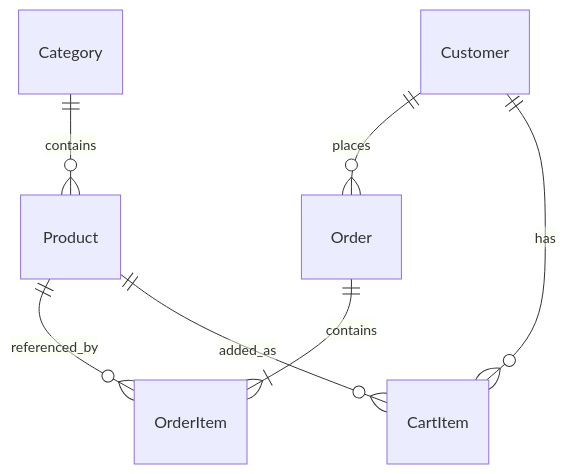
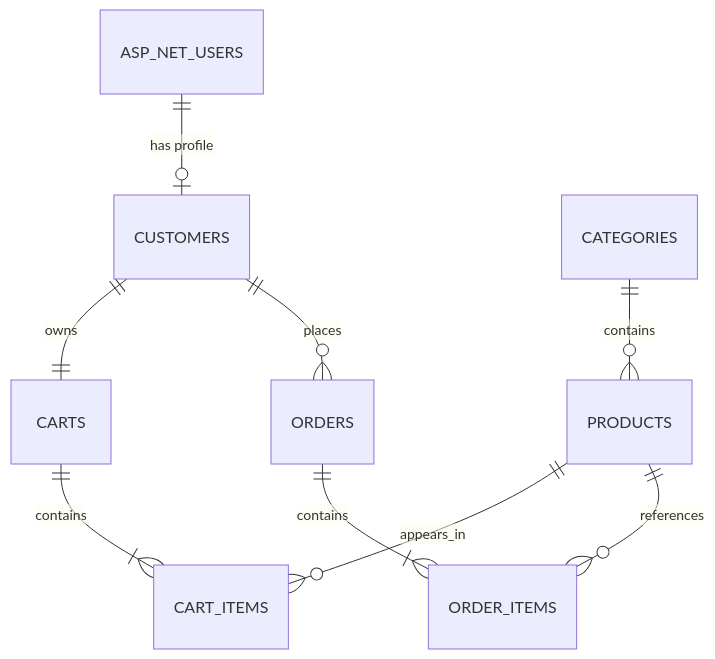
The diagram in docs/Database.md (m01ves2/BikeShop), drawn with Mermaid before and after one commit. The commit also changed other lines of this file and 12 other files, not shown here.

````diff
--- a/docs/Database.md
+++ b/docs/Database.md
@@ -92,12 +125,11 @@
-```Mermaid
+```mermaid
 erDiagram
-
-Category ||--o{ Product : contains
-
-Customer ||--o{ Order : places
-Order ||--|{ OrderItem : contains
-Product ||--o{ OrderItem : referenced_by
-
-Customer ||--o{ CartItem : has
-Product ||--o{ CartItem : added_as
+    ASP_NET_USERS ||--o| CUSTOMERS : "has profile"
+    CUSTOMERS ||--|| CARTS : owns
+    CARTS ||--|{ CART_ITEMS : contains
+    CATEGORIES ||--o{ PRODUCTS : contains
+    PRODUCTS ||--o{ CART_ITEMS : appears_in
+    CUSTOMERS ||--o{ ORDERS : places
+    ORDERS ||--|{ ORDER_ITEMS : contains
+    PRODUCTS ||--o{ ORDER_ITEMS : references
 ```
````
